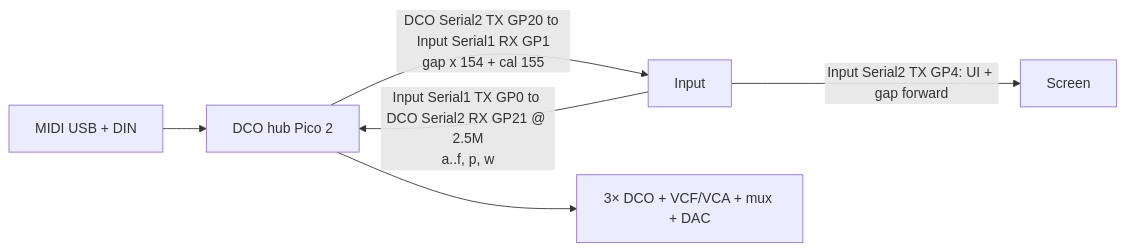
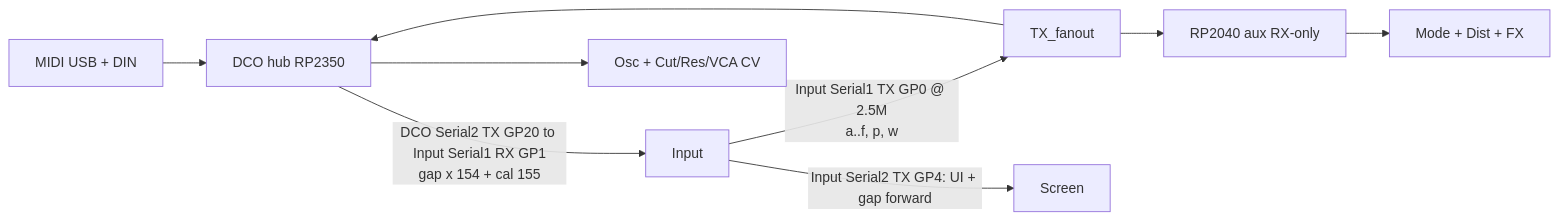
The diagram in docs/SYSTEM_OVERVIEW.md (felipegaspari/DCO4-REBORN-DCO), drawn with Mermaid before and after one commit. The commit also changed other lines of this file and 18 other files, not shown here.

Commit message:
better dco control tools, better benchmarking, distortion prototype, dual filter prototype, aux rp2040 board

````diff
--- a/docs/SYSTEM_OVERVIEW.md
+++ b/docs/SYSTEM_OVERVIEW.md
@@ -28,8 +31,11 @@
 ```mermaid
 flowchart LR
-  World["MIDI USB + DIN"] --> DCO["DCO hub Pico 2"]
-  Input["Input"] -->|"Input Serial1 TX GP0 to DCO Serial2 RX GP21 @ 2.5M\na..f, p, w"| DCO
+  World["MIDI USB + DIN"] --> DCO["DCO hub RP2350"]
+  Input["Input"] -->|"Input Serial1 TX GP0 @ 2.5M\na..f, p, w"| Fan["TX_fanout"]
+  Fan --> DCO
+  Fan --> Aux["RP2040 aux RX-only"]
   DCO -->|"DCO Serial2 TX GP20 to Input Serial1 RX GP1\ngap x 154 + cal 155"| Input
   Input -->|"Input Serial2 TX GP4: UI + gap forward"| Screen["Screen"]
-  DCO --> Analog["3× DCO + VCF/VCA + mux + DAC"]
+  DCO --> AnalogFront["Osc + Cut/Res/VCA CV"]
+  Aux --> AnalogPost["Mode + Dist + FX"]
 ```
````
